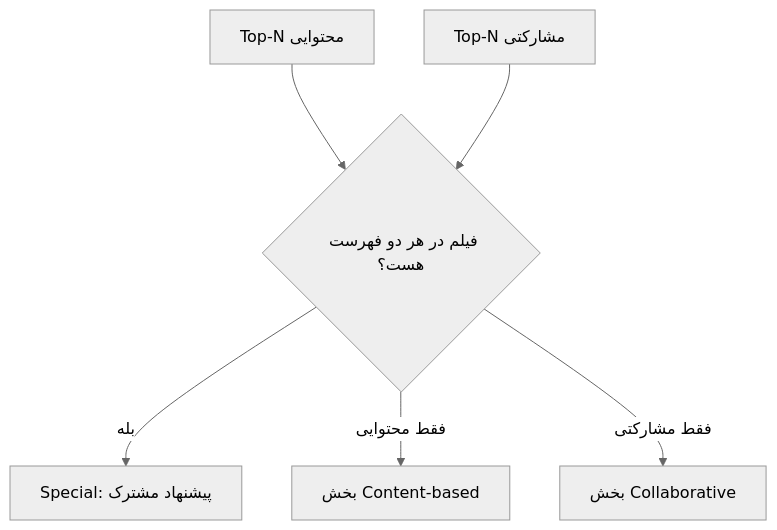
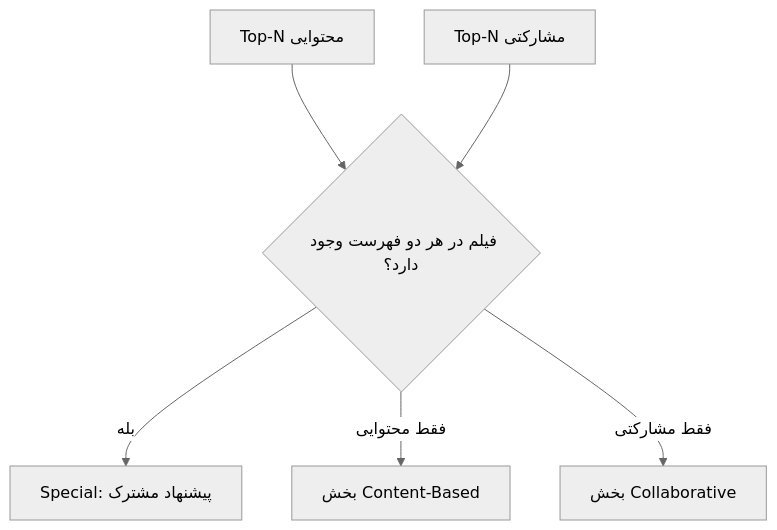
Before and after one commit to Hosein-imani/hybrid-recommendation-system: the second of 2 diagrams in README.md, drawn with Mermaid (neutral theme). The commit also changed other lines of this file, not shown here.

````diff
--- a/README.md
+++ b/README.md
@@ -371,8 +107,8 @@
-~~~mermaid
+```mermaid
 flowchart TD
-    A[Top-N محتوایی] --> C{فیلم در هر دو فهرست هست؟}
+    A[Top-N محتوایی] --> C{فیلم در هر دو فهرست وجود دارد؟}
     B[Top-N مشارکتی] --> C
     C -->|بله| D[Special: پیشنهاد مشترک]
-    C -->|فقط محتوایی| E[بخش Content-based]
+    C -->|فقط محتوایی| E[بخش Content-Based]
     C -->|فقط مشارکتی| F[بخش Collaborative]
-~~~
+```
````
